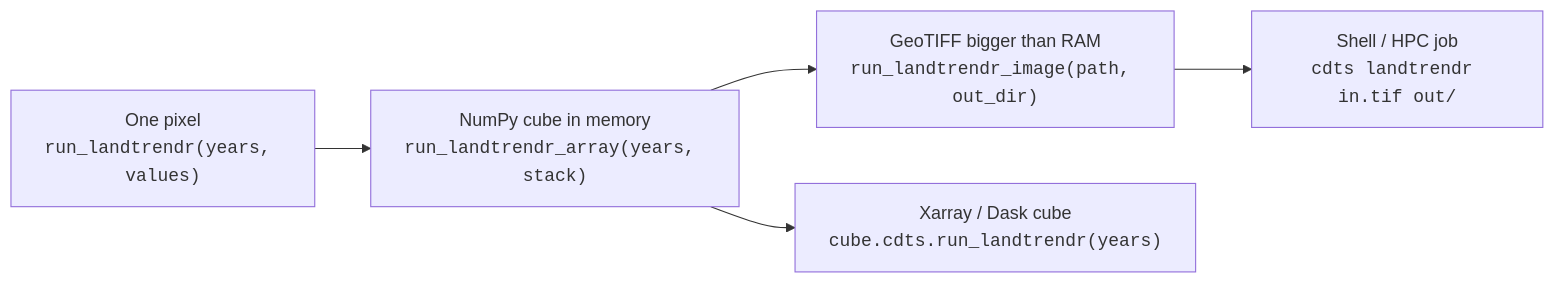
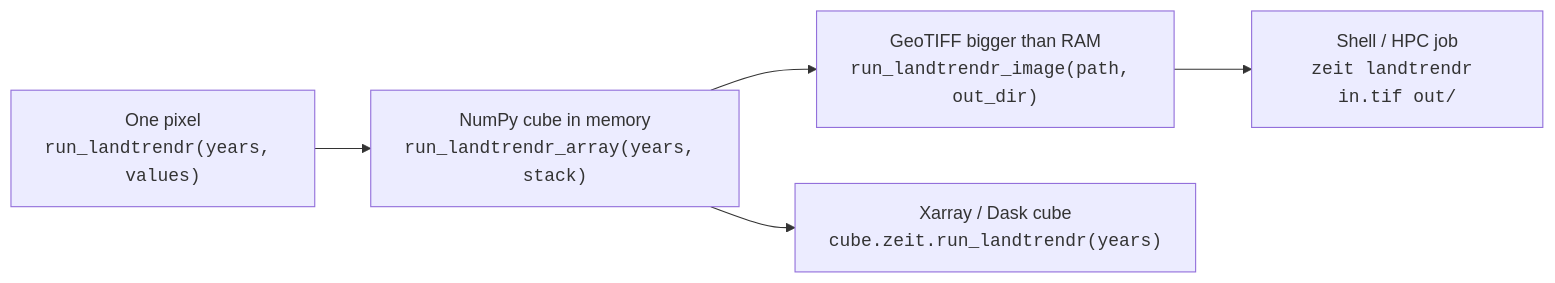
One commit to sacridini/cdts changed the diagram in docs/getting-started/concepts.md. Above: the diagram before and after it, drawn with Mermaid. The commit also changed other lines of this file and 170 other files, not shown here.

First line of the commit message:
chore: rename project from cdts to zeit

````diff
--- a/docs/getting-started/concepts.md
+++ b/docs/getting-started/concepts.md
@@ -73,7 +73,7 @@
 ```mermaid
 flowchart LR
     A["One pixel<br/><code>run_landtrendr(years, values)</code>"] --> B["NumPy cube in memory<br/><code>run_landtrendr_array(years, stack)</code>"]
     B --> C["GeoTIFF bigger than RAM<br/><code>run_landtrendr_image(path, out_dir)</code>"]
-    B --> D["Xarray / Dask cube<br/><code>cube.cdts.run_landtrendr(years)</code>"]
-    C --> E["Shell / HPC job<br/><code>cdts landtrendr in.tif out/</code>"]
+    B --> D["Xarray / Dask cube<br/><code>cube.zeit.run_landtrendr(years)</code>"]
+    C --> E["Shell / HPC job<br/><code>zeit landtrendr in.tif out/</code>"]
 ```
````
